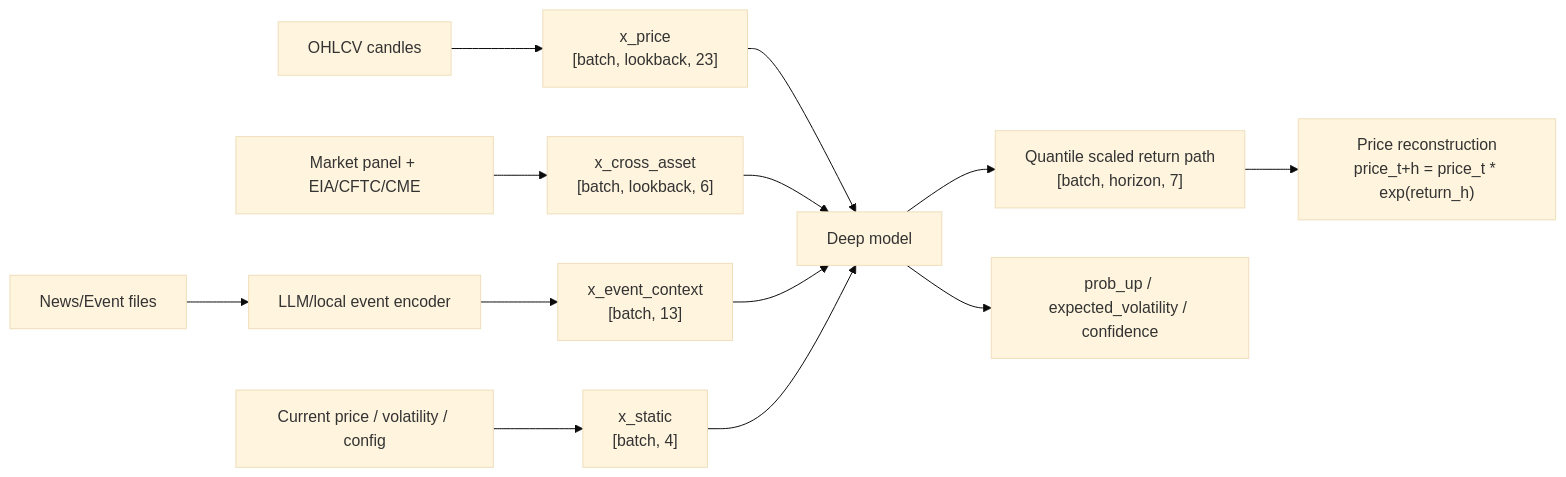
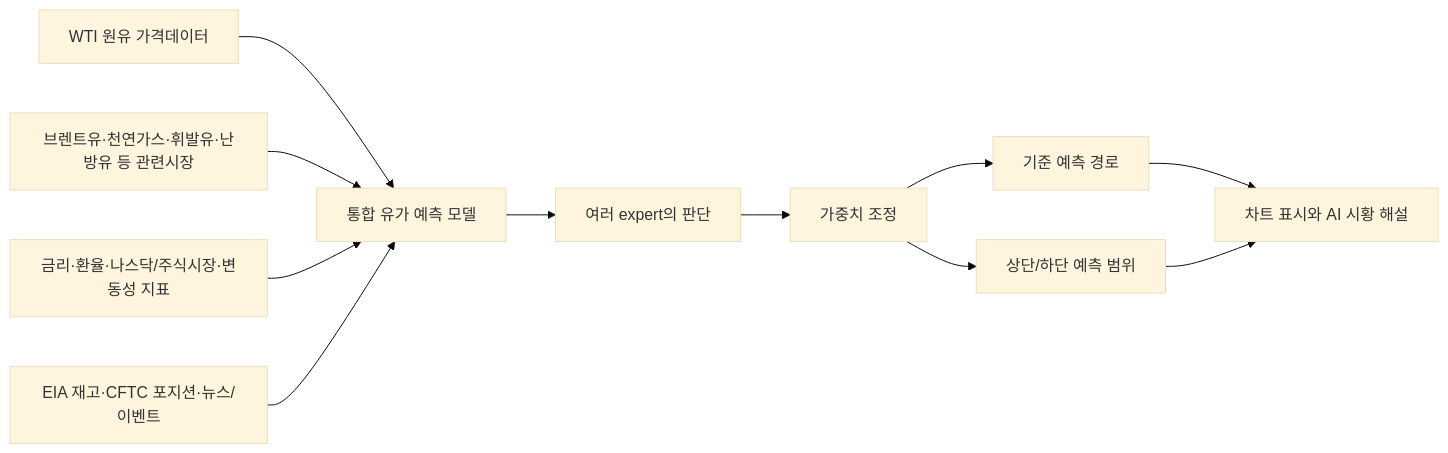
Before and after one commit to Ahn-Yubin/Oil-Price-Prediction: the diagram in docs/ko/MODEL_DESIGN.md, drawn with Mermaid (base theme). The commit also changed other lines of this file and 99 other files, not shown here.

````diff
--- a/docs/ko/MODEL_DESIGN.md
+++ b/docs/ko/MODEL_DESIGN.md
@@ -73,15 +13,13 @@
 ```mermaid
 flowchart LR
-    A["OHLCV candles"] --> B["x_price\n[batch, lookback, 23]"]
-    C["Market panel + EIA/CFTC/CME"] --> D["x_cross_asset\n[batch, lookback, 6]"]
-    E["News/Event files"] --> F["LLM/local event encoder"]
-    F --> G["x_event_context\n[batch, 13]"]
-    H["Current price / volatility / config"] --> I["x_static\n[batch, 4]"]
-    B --> J["Deep model"]
-    D --> J
-    G --> J
+    A["WTI 원유 가격데이터"] --> E["통합 유가 예측 모델"]
+    B["브렌트유·천연가스·휘발유·난방유 등 관련시장"] --> E
+    C["금리·환율·나스닥/주식시장·변동성 지표"] --> E
+    D["EIA 재고·CFTC 포지션·뉴스/이벤트"] --> E
+    E --> F["여러 expert의 판단"]
+    F --> G["가중치 조정"]
+    G --> H["기준 예측 경로"]
+    G --> I["상단/하단 예측 범위"]
+    H --> J["차트 표시와 AI 시황 해설"]
     I --> J
-    J --> K["Quantile scaled return path\n[batch, horizon, 7]"]
-    J --> L["prob_up / expected_volatility / confidence"]
-    K --> M["Price reconstruction\nprice_t+h = price_t * exp(return_h)"]
 ```
````
